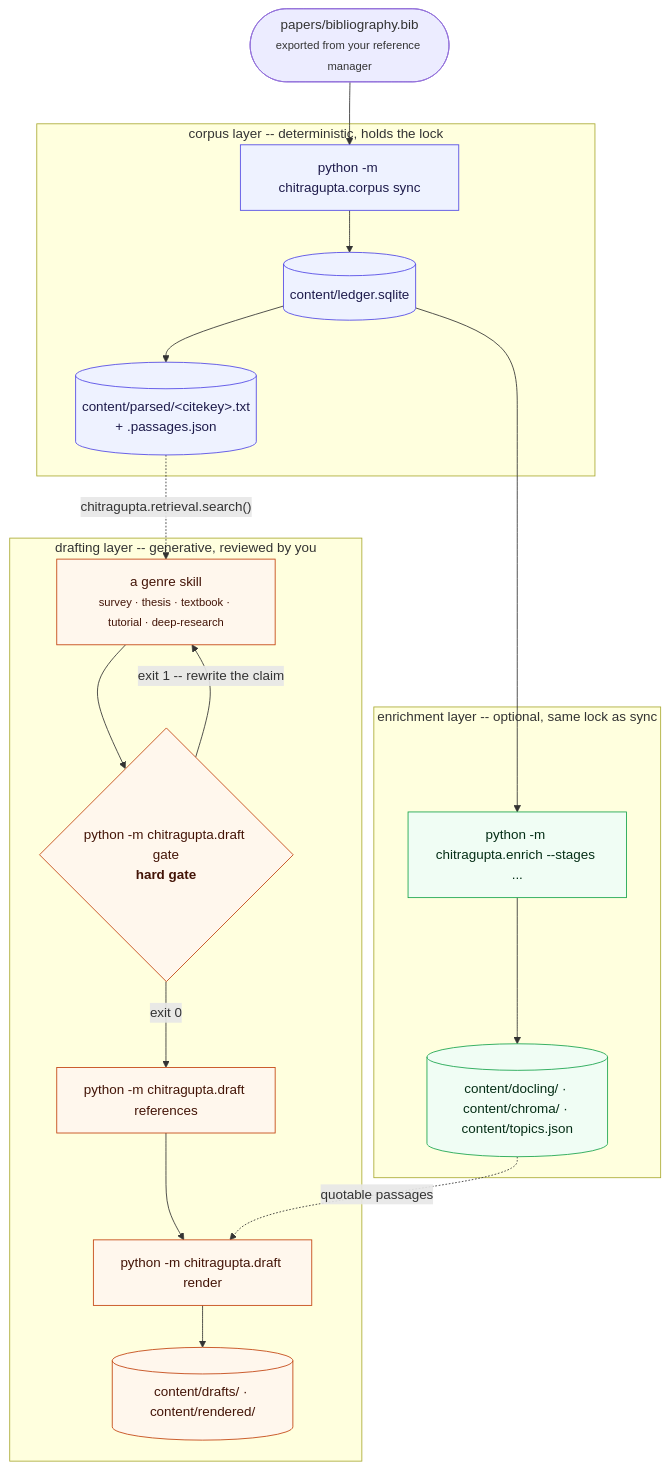
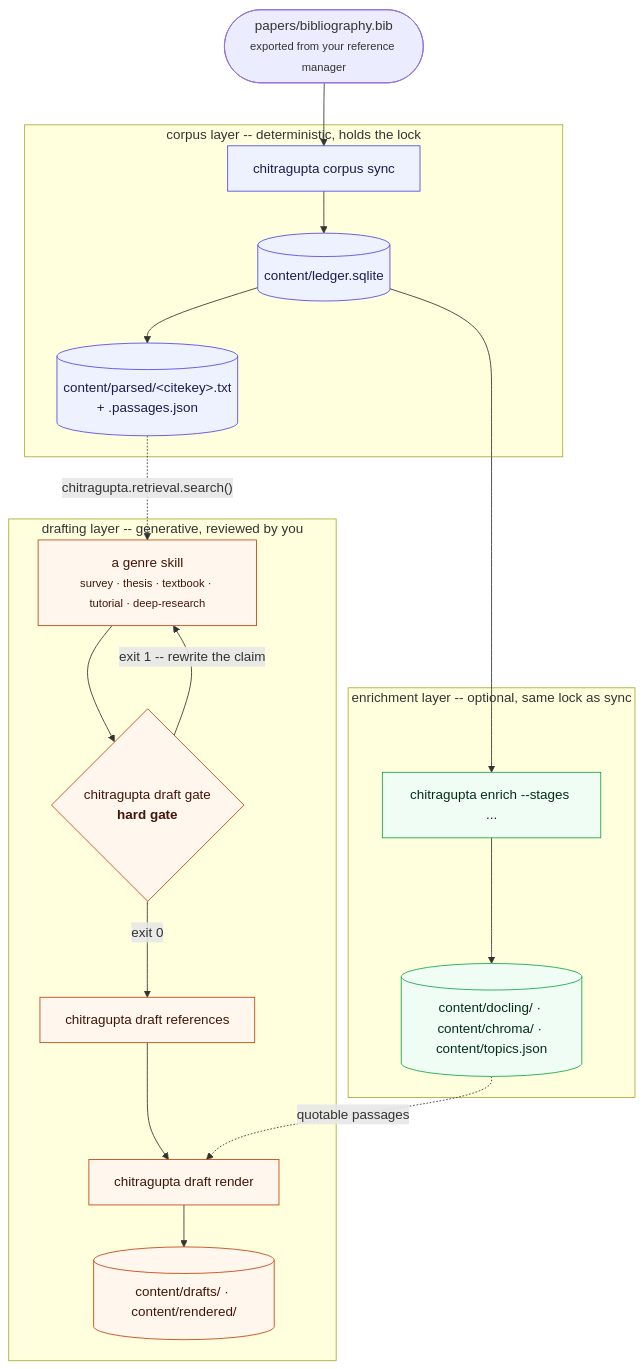
The second of 3 diagrams in docs/LADDERS.md (prasadtalasila/chitragupta), drawn with Mermaid before and after one commit. The commit also changed 19 other files, not shown here.

````diff
--- a/docs/LADDERS.md
+++ b/docs/LADDERS.md
@@ -157,40 +157,40 @@
 ```mermaid
 flowchart TB
 
   BIB(["papers/bibliography.bib<br/><small>exported from your reference manager</small>"])
 
   subgraph CORPUS["corpus layer -- deterministic, holds the lock"]
-    SYNC["python -m chitragupta.corpus sync"]
+    SYNC["chitragupta corpus sync"]
     LEDGER[("content/ledger.sqlite")]
     PARSED[("content/parsed/&lt;citekey&gt;.txt<br/>+ .passages.json")]
   end
 
   subgraph DRAFTING["drafting layer -- generative, reviewed by you"]
     SKILL["a genre skill<br/><small>survey · thesis · textbook · tutorial · deep-research</small>"]
-    GATE{"python -m chitragupta.draft gate<br/><b>hard gate</b>"}
-    REFS["python -m chitragupta.draft references"]
-    RENDER["python -m chitragupta.draft render"]
+    GATE{"chitragupta draft gate<br/><b>hard gate</b>"}
+    REFS["chitragupta draft references"]
+    RENDER["chitragupta draft render"]
     DRAFT[("content/drafts/ · content/rendered/")]
   end
 
   subgraph ENRICH["enrichment layer -- optional, same lock as sync"]
-    ENR["python -m chitragupta.enrich --stages ..."]
+    ENR["chitragupta enrich --stages ..."]
     ART[("content/docling/ · content/chroma/ · content/topics.json")]
   end
 
   BIB --> SYNC --> LEDGER --> PARSED
   PARSED -.->|"chitragupta.retrieval.search()"| SKILL
   SKILL --> GATE
   GATE -->|"exit 1 -- rewrite the claim"| SKILL
   GATE -->|"exit 0"| REFS --> RENDER --> DRAFT
   LEDGER --> ENR
   ENR --> ART
   ART -.->|"quotable passages"| RENDER
 
   classDef corpus fill:#eef2ff,stroke:#4f46e5,color:#1e1b4b
   classDef draft fill:#fff7ed,stroke:#c2410c,color:#431407
   classDef enrich fill:#f0fdf4,stroke:#16a34a,color:#052e16
   class SYNC,LEDGER,PARSED corpus
   class SKILL,GATE,REFS,RENDER,DRAFT draft
   class ENR,ART enrich
 ```
````
